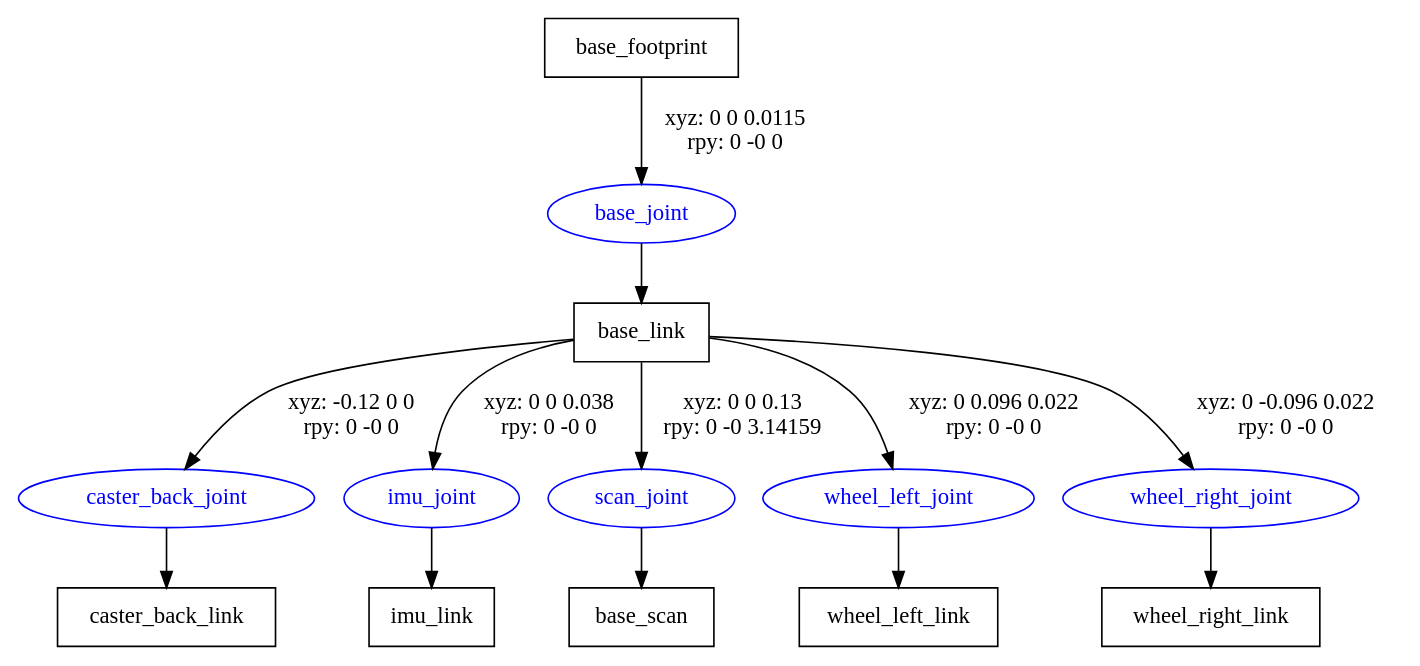
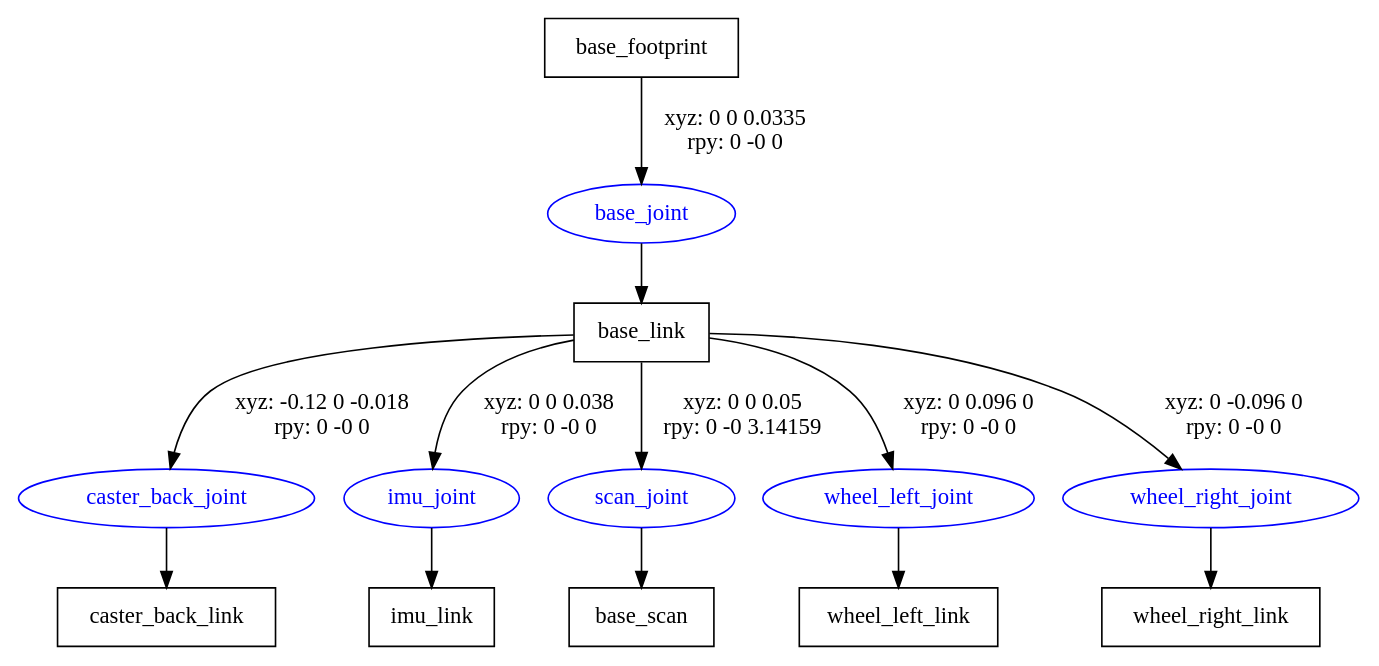
The diagram in omo_r1mini_description/urdf/r1mini.gv (PinkWink/omo_r1mini), drawn with Graphviz before and after one commit. The commit also changed 2 other files, not shown here.

```diff
--- a/omo_r1mini_description/urdf/r1mini.gv
+++ b/omo_r1mini_description/urdf/r1mini.gv
@@ -1,23 +1,23 @@
 digraph G {
 node [shape=box];
 "base_footprint" [label="base_footprint"];
 "base_link" [label="base_link"];
 "caster_back_link" [label="caster_back_link"];
 "imu_link" [label="imu_link"];
 "base_scan" [label="base_scan"];
 "wheel_left_link" [label="wheel_left_link"];
 "wheel_right_link" [label="wheel_right_link"];
 node [shape=ellipse, color=blue, fontcolor=blue];
-"base_footprint" -> "base_joint" [label="xyz: 0 0 0.0115 \nrpy: 0 -0 0"]
+"base_footprint" -> "base_joint" [label="xyz: 0 0 0.0335 \nrpy: 0 -0 0"]
 "base_joint" -> "base_link"
-"base_link" -> "caster_back_joint" [label="xyz: -0.12 0 0 \nrpy: 0 -0 0"]
+"base_link" -> "caster_back_joint" [label="xyz: -0.12 0 -0.018 \nrpy: 0 -0 0"]
 "caster_back_joint" -> "caster_back_link"
 "base_link" -> "imu_joint" [label="xyz: 0 0 0.038 \nrpy: 0 -0 0"]
 "imu_joint" -> "imu_link"
-"base_link" -> "scan_joint" [label="xyz: 0 0 0.13 \nrpy: 0 -0 3.14159"]
+"base_link" -> "scan_joint" [label="xyz: 0 0 0.05 \nrpy: 0 -0 3.14159"]
 "scan_joint" -> "base_scan"
-"base_link" -> "wheel_left_joint" [label="xyz: 0 0.096 0.022 \nrpy: 0 -0 0"]
+"base_link" -> "wheel_left_joint" [label="xyz: 0 0.096 0 \nrpy: 0 -0 0"]
 "wheel_left_joint" -> "wheel_left_link"
-"base_link" -> "wheel_right_joint" [label="xyz: 0 -0.096 0.022 \nrpy: 0 -0 0"]
+"base_link" -> "wheel_right_joint" [label="xyz: 0 -0.096 0 \nrpy: 0 -0 0"]
 "wheel_right_joint" -> "wheel_right_link"
 }
```
